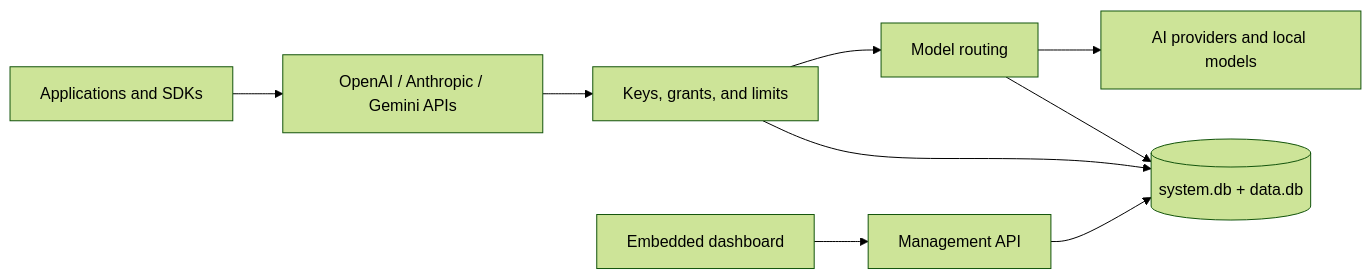
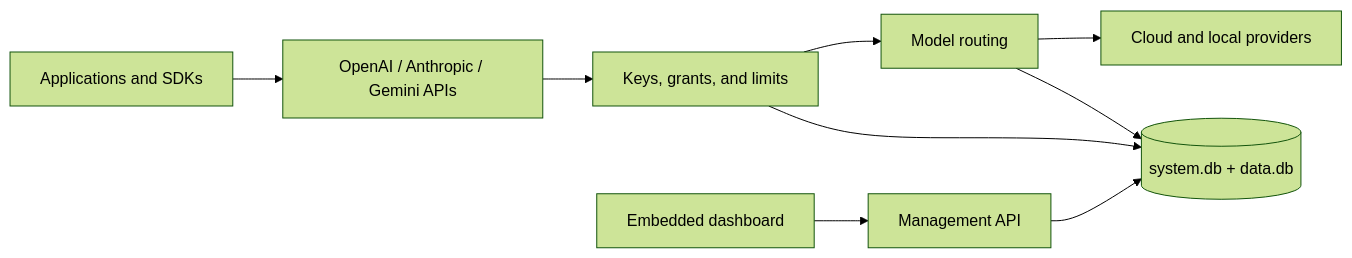
The diagram in README.md (bobalazek/pocket-ai-gateway), drawn with Mermaid (forest theme) before and after one commit. The commit also changed other lines of this file and 18 other files, not shown here.

````diff
--- a/README.md
+++ b/README.md
@@ -100,11 +112,11 @@
 ```mermaid
 flowchart LR
   Apps[Applications and SDKs] --> APIs[OpenAI / Anthropic / Gemini APIs]
   Admin[Embedded dashboard] --> Control[Management API]
   APIs --> Guard[Keys, grants, and limits]
   Guard --> Router[Model routing]
-  Router --> Providers[AI providers and local models]
+  Router --> Providers[Cloud and local providers]
   Control --> Store[(system.db + data.db)]
   Guard --> Store
   Router --> Store
 ```
````
